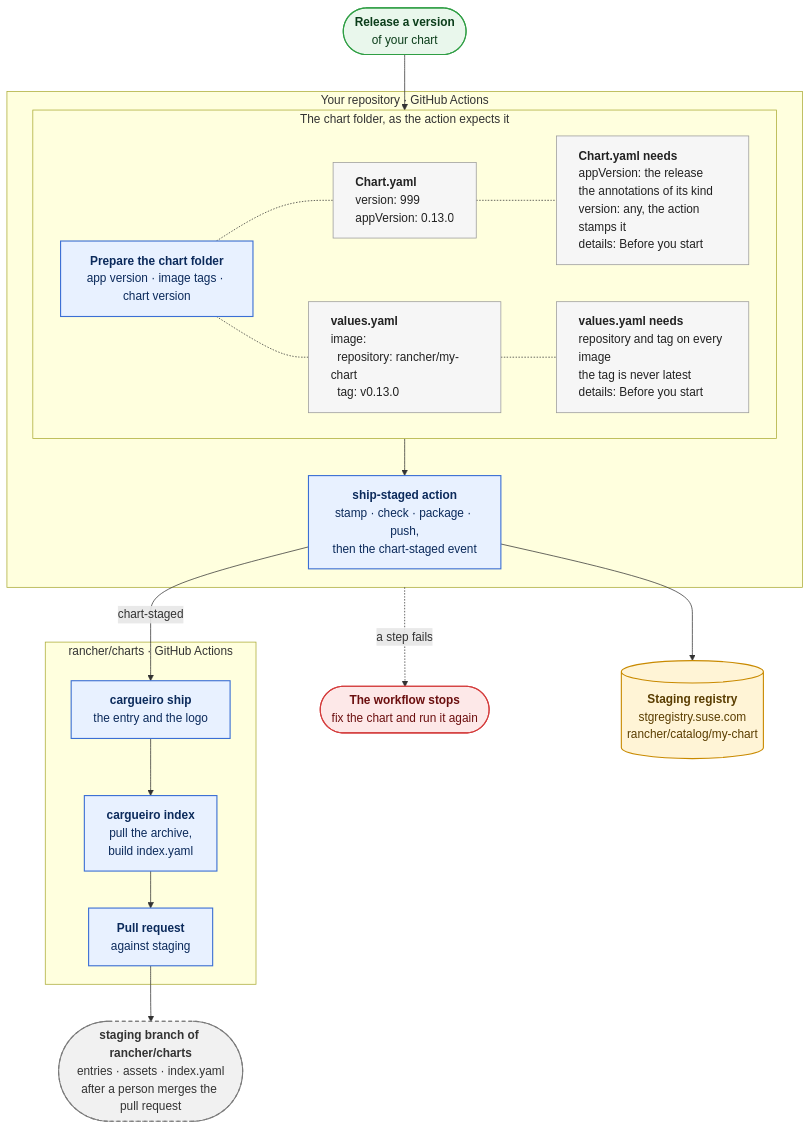
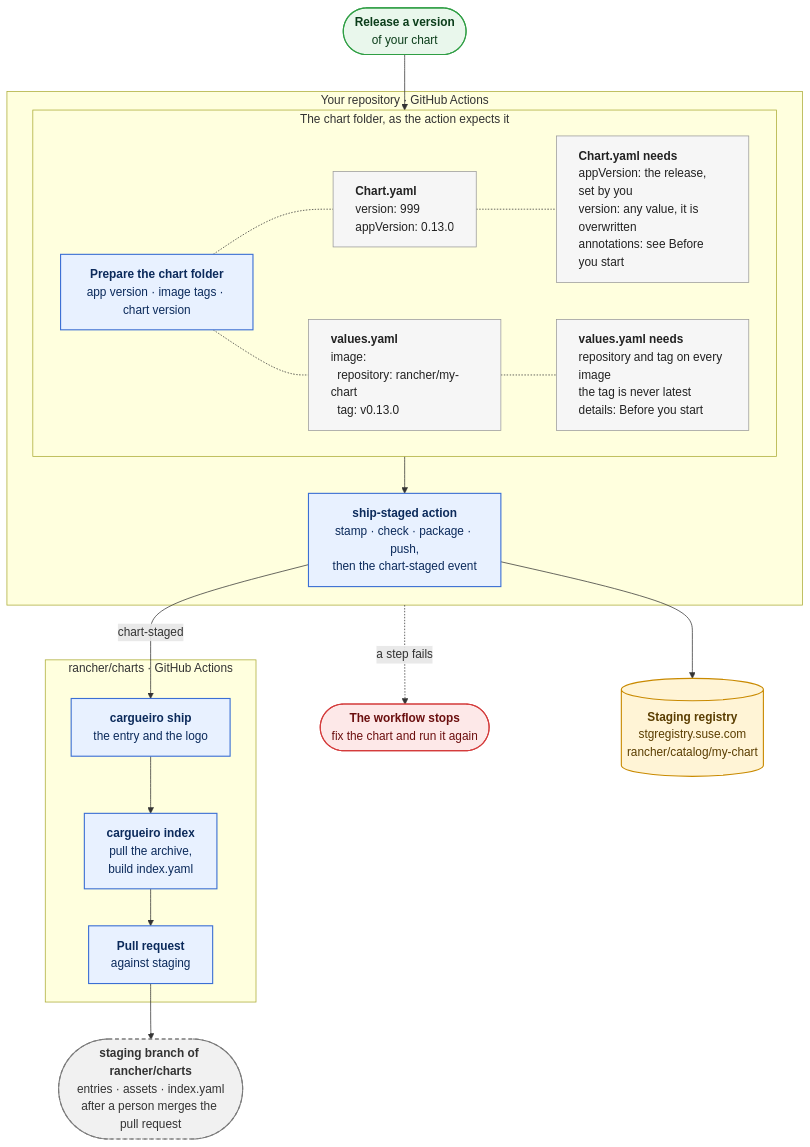
The diagram in docs/CHART_OWNER.md (nicholasSUSE/cargueiro), drawn with Mermaid before and after one commit.

Commit message:
docs(chart-owner): shorten the Chart.yaml block of the diagram

````diff
--- a/docs/CHART_OWNER.md
+++ b/docs/CHART_OWNER.md
@@ -100,52 +100,52 @@
 ```mermaid
 flowchart TD
     start(["<b>Release a version</b><br/>of your chart"])
 
     subgraph owner["Your repository · GitHub Actions"]
         subgraph prep["The chart folder, as the action expects it"]
             direction LR
             prepare["<b>Prepare the chart folder</b><br/>app version · image tags · chart version"]
             chartFile["<b>Chart.yaml</b><br/>version: 999<br/>appVersion: 0.13.0"]
             valuesFile["<b>values.yaml</b><br/>image:<br/>&nbsp;&nbsp;repository: rancher/my-chart<br/>&nbsp;&nbsp;tag: v0.13.0"]
-            chartRules["<b>Chart.yaml needs</b><br/>appVersion: the release<br/>the annotations of its kind<br/>version: any, the action stamps it<br/>details: Before you start"]
+            chartRules["<b>Chart.yaml needs</b><br/>appVersion: the release, set by you<br/>version: any value, it is overwritten<br/>annotations: see Before you start"]
             prepare -.- chartFile
             chartFile -.- chartRules
             valuesRules["<b>values.yaml needs</b><br/>repository and tag on every image<br/>the tag is never latest<br/>details: Before you start"]
             prepare -.- valuesFile
             valuesFile -.- valuesRules
         end
         action["<b>ship-staged action</b><br/>stamp · check · package · push,<br/>then the chart-staged event"]
         prep --> action
     end
 
     failed(["<b>The workflow stops</b><br/>fix the chart and run it again"])
     registry[("<b>Staging registry</b><br/>stgregistry.suse.com<br/>rancher/catalog/my-chart")]
 
     subgraph charts["rancher/charts · GitHub Actions"]
         ship["<b>cargueiro ship</b><br/>the entry and the logo"]
         index["<b>cargueiro index</b><br/>pull the archive,<br/>build index.yaml"]
         pr["<b>Pull request</b><br/>against staging"]
         ship --> index --> pr
     end
 
     staging(["<b>staging branch of rancher/charts</b><br/>entries · assets · index.yaml<br/>after a person merges the pull request"])
 
     start --> prep
     owner -. "a step fails" .-> failed
     action --> registry
     action -- "chart-staged" --> ship
     pr --> staging
 
     classDef cmd fill:#e8f1ff,stroke:#3b6fd4,stroke-width:1.5px,color:#0b2a5b
     classDef store fill:#fff4d6,stroke:#c98a00,stroke-width:1.5px,color:#5a3d00
     classDef stop fill:#fde8e8,stroke:#d43b3b,stroke-width:1.5px,color:#6b0f0f
     classDef todo fill:#f1f1f1,stroke:#7a7a7a,stroke-width:1.5px,stroke-dasharray:5 4,color:#333
     classDef begin fill:#e9f7ec,stroke:#2f9e44,stroke-width:1.5px,color:#0b3d1a
     classDef file fill:#f6f6f6,stroke:#999,stroke-width:1px,color:#222,text-align:left
     class prepare,action,ship,index,pr cmd
     class chartFile,chartRules,valuesFile,valuesRules file
     class registry store
     class failed stop
     class staging todo
     class start begin
 ```
````
